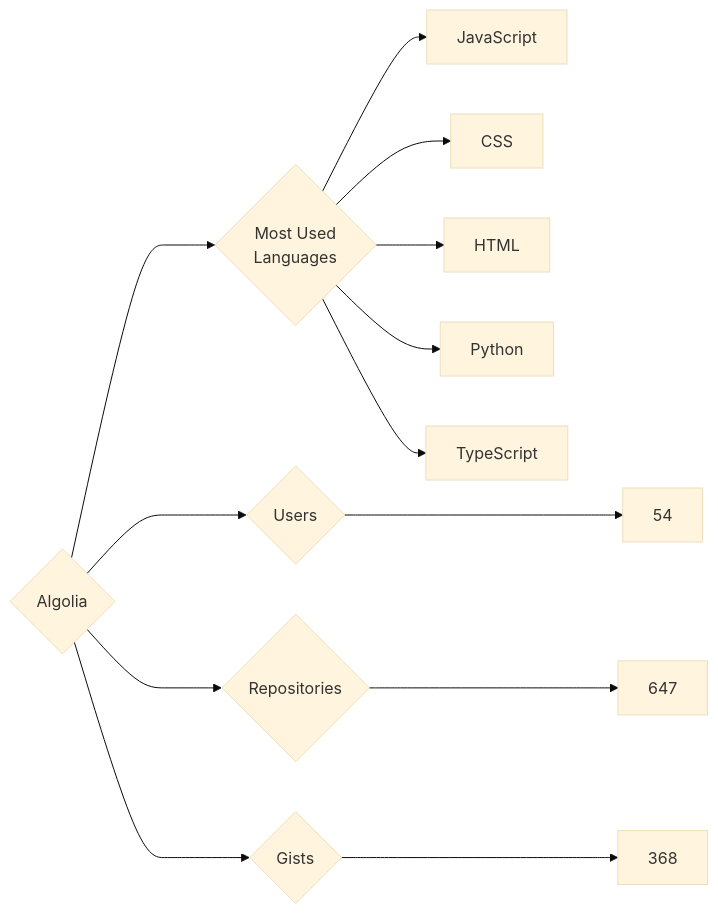
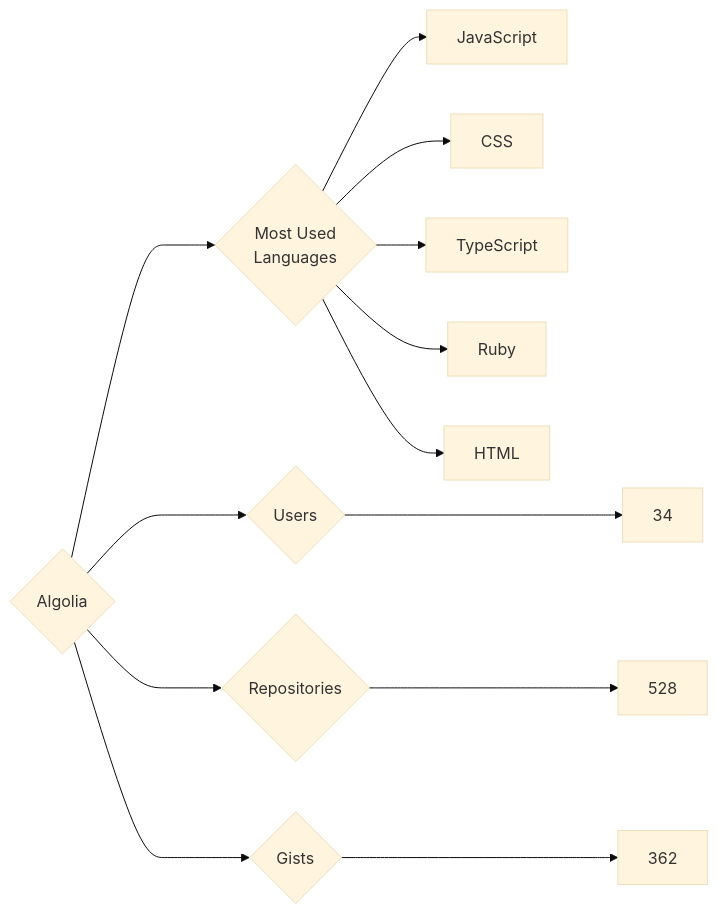
Before and after one commit to trickest/insiders: the diagram in targets/Algolia/README.md, drawn with Mermaid (base theme). The commit also changed 934 other files, not shown here.

````diff
--- a/targets/Algolia/README.md
+++ b/targets/Algolia/README.md
@@ -3,13 +3,13 @@
 ```mermaid
 graph LR
 COMPANY_NAME{Algolia}
-COMPANY_NAME ---> U{Users} ---> UN[54]
-COMPANY_NAME ---> R{Repositories} ---> RN[647]
-COMPANY_NAME ---> G{Gists} ---> GN[368]
+COMPANY_NAME ---> U{Users} ---> UN[34]
+COMPANY_NAME ---> R{Repositories} ---> RN[528]
+COMPANY_NAME ---> G{Gists} ---> GN[362]
 COMPANY_NAME ---> ML{Most Used<br>Languages}
 ML --> JavaScript[JavaScript]
 ML --> CSS[CSS]
+ML --> TypeScript[TypeScript]
+ML --> Ruby[Ruby]
 ML --> HTML[HTML]
-ML --> Python[Python]
-ML --> TypeScript[TypeScript]
 ```
````
